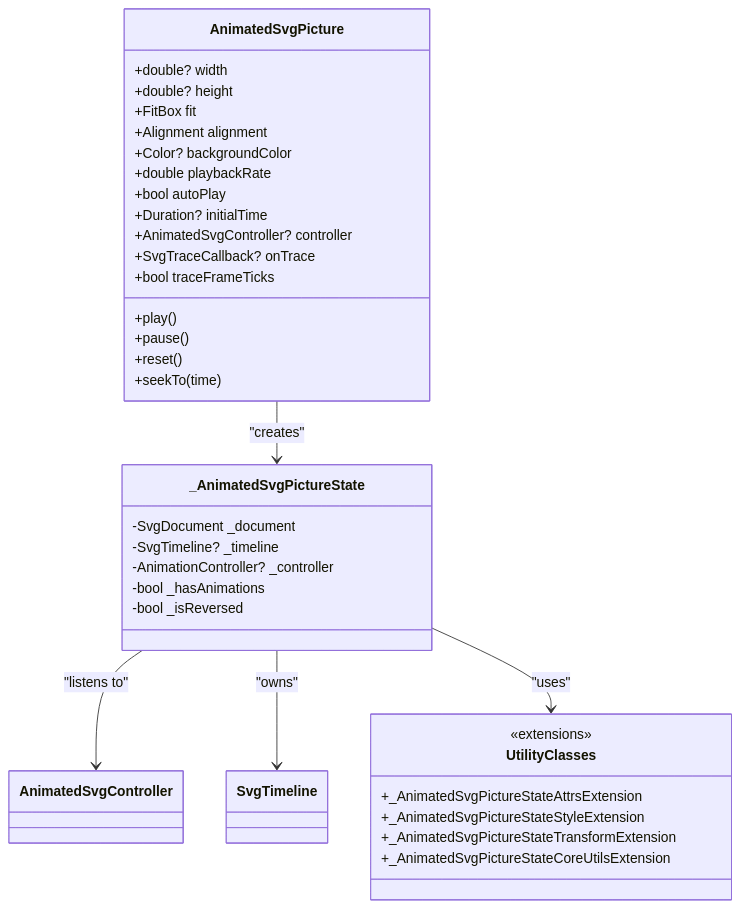
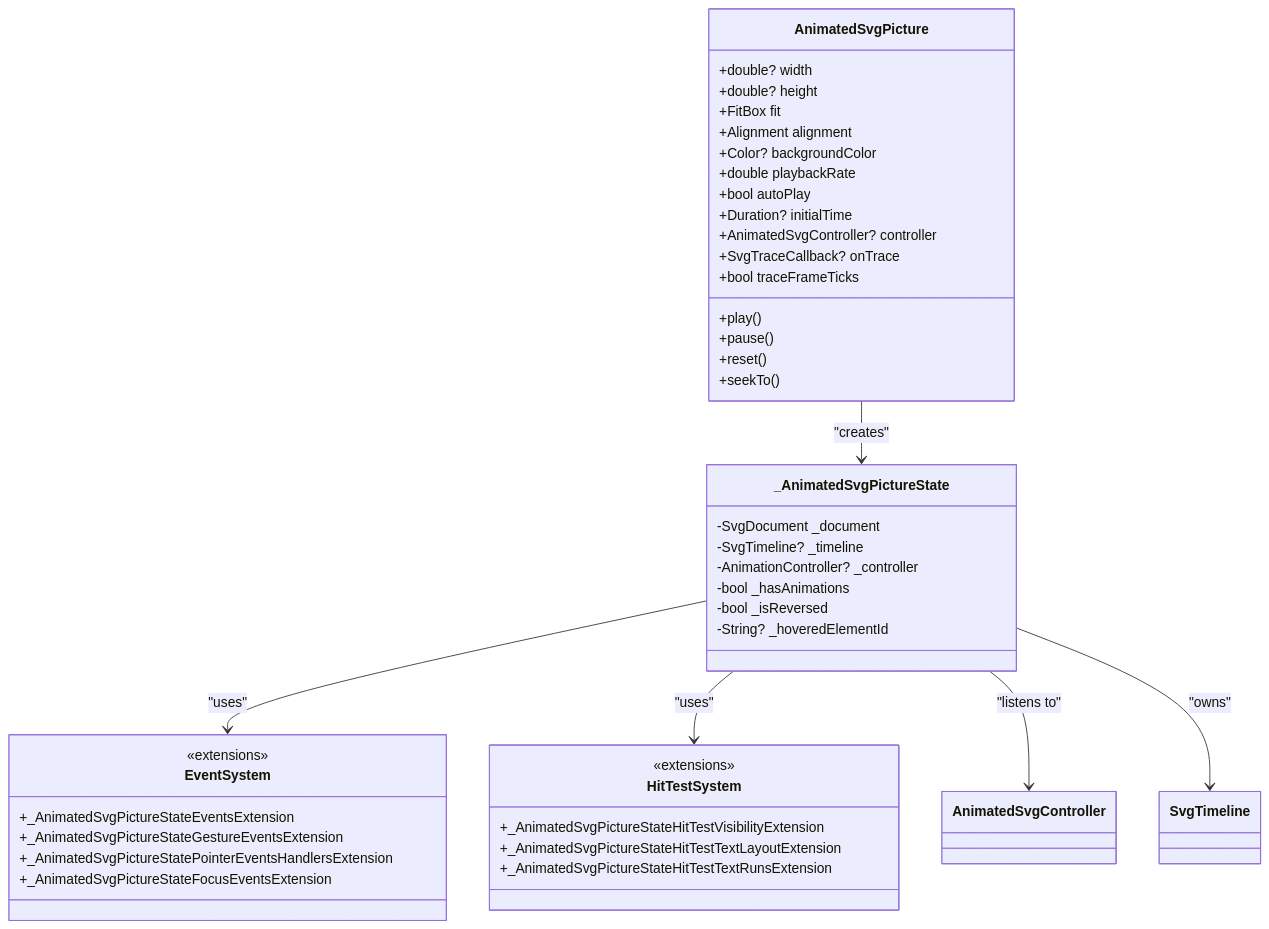
Before and after one commit to denisnadey/flutter_full_svg_support: the third of 26 diagrams in .qoder/repowiki/en/content/Animated SVG Support/Animated SVG Support.md, drawn with Mermaid. The commit also changed other lines of this file and 20 other files, not shown here.

First line of the commit message:
feat(svg): implement comprehensive event handling with pointer and gesture support

````diff
--- a/.qoder/repowiki/en/content/Animated SVG Support/Animated SVG Support.md
+++ b/.qoder/repowiki/en/content/Animated SVG Support/Animated SVG Support.md
@@ -225,38 +265,46 @@
 ```mermaid
 classDiagram
 class AnimatedSvgPicture {
 +double? width
 +double? height
 +FitBox fit
 +Alignment alignment
 +Color? backgroundColor
 +double playbackRate
 +bool autoPlay
 +Duration? initialTime
 +AnimatedSvgController? controller
 +SvgTraceCallback? onTrace
 +bool traceFrameTicks
 +play()
 +pause()
 +reset()
-+seekTo(time)
++seekTo()
 }
 class _AnimatedSvgPictureState {
 -SvgDocument _document
 -SvgTimeline? _timeline
 -AnimationController? _controller
 -bool _hasAnimations
 -bool _isReversed
+-String? _hoveredElementId
 }
-class UtilityClasses {
+class EventSystem {
 <<extensions>>
-+_AnimatedSvgPictureStateAttrsExtension
-+_AnimatedSvgPictureStateStyleExtension
-+_AnimatedSvgPictureStateTransformExtension
-+_AnimatedSvgPictureStateCoreUtilsExtension
++_AnimatedSvgPictureStateEventsExtension
++_AnimatedSvgPictureStateGestureEventsExtension
++_AnimatedSvgPictureStatePointerEventsHandlersExtension
++_AnimatedSvgPictureStateFocusEventsExtension
+}
+class HitTestSystem {
+<<extensions>>
++_AnimatedSvgPictureStateHitTestVisibilityExtension
++_AnimatedSvgPictureStateHitTestTextLayoutExtension
++_AnimatedSvgPictureStateHitTestTextRunsExtension
 }
 AnimatedSvgPicture --> _AnimatedSvgPictureState : "creates"
+_AnimatedSvgPictureState --> EventSystem : "uses"
+_AnimatedSvgPictureState --> HitTestSystem : "uses"
 _AnimatedSvgPictureState --> AnimatedSvgController : "listens to"
 _AnimatedSvgPictureState --> SvgTimeline : "owns"
-_AnimatedSvgPictureState --> UtilityClasses : "uses"
 ```
````
